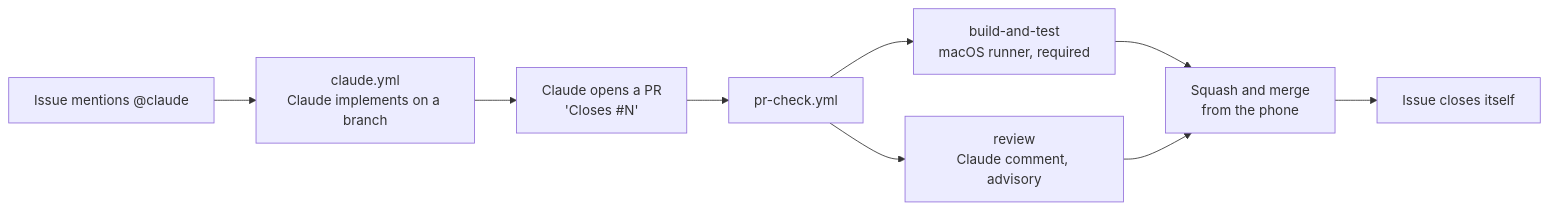
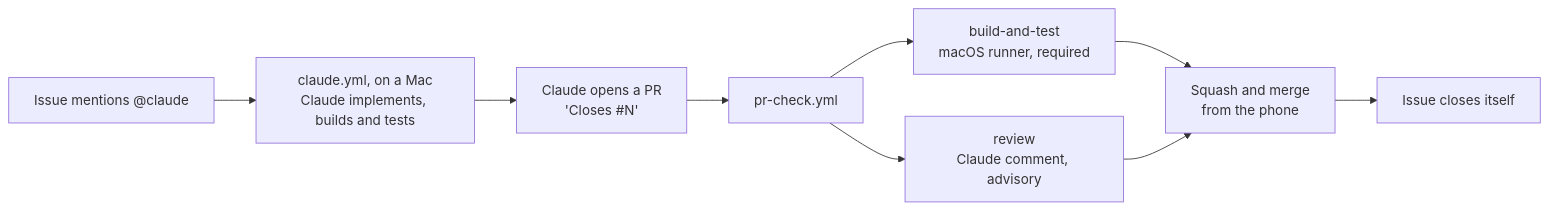
One commit to MarwanMoh11/Gymtrack changed the diagram in docs/claude-pipeline.md. Above: the diagram before and after it, drawn with Mermaid. The commit also changed other lines of this file and 5 other files, not shown here.

First line of the commit message:
Let Claude build and test its own change on a Mac, and keep the merge gate to the unit tests

````diff
--- a/docs/claude-pipeline.md
+++ b/docs/claude-pipeline.md
@@ -12,11 +12,11 @@
 ```mermaid
 flowchart LR
-    A["Issue mentions @claude"] --> B["claude.yml<br/>Claude implements on a branch"]
+    A["Issue mentions @claude"] --> B["claude.yml, on a Mac<br/>Claude implements, builds and tests"]
     B --> C["Claude opens a PR<br/>'Closes #N'"]
     C --> D["pr-check.yml"]
     D --> E["build-and-test<br/>macOS runner, required"]
     D --> F["review<br/>Claude comment, advisory"]
     E --> G["Squash and merge<br/>from the phone"]
     F --> G
     G --> H["Issue closes itself"]
 ```
````
